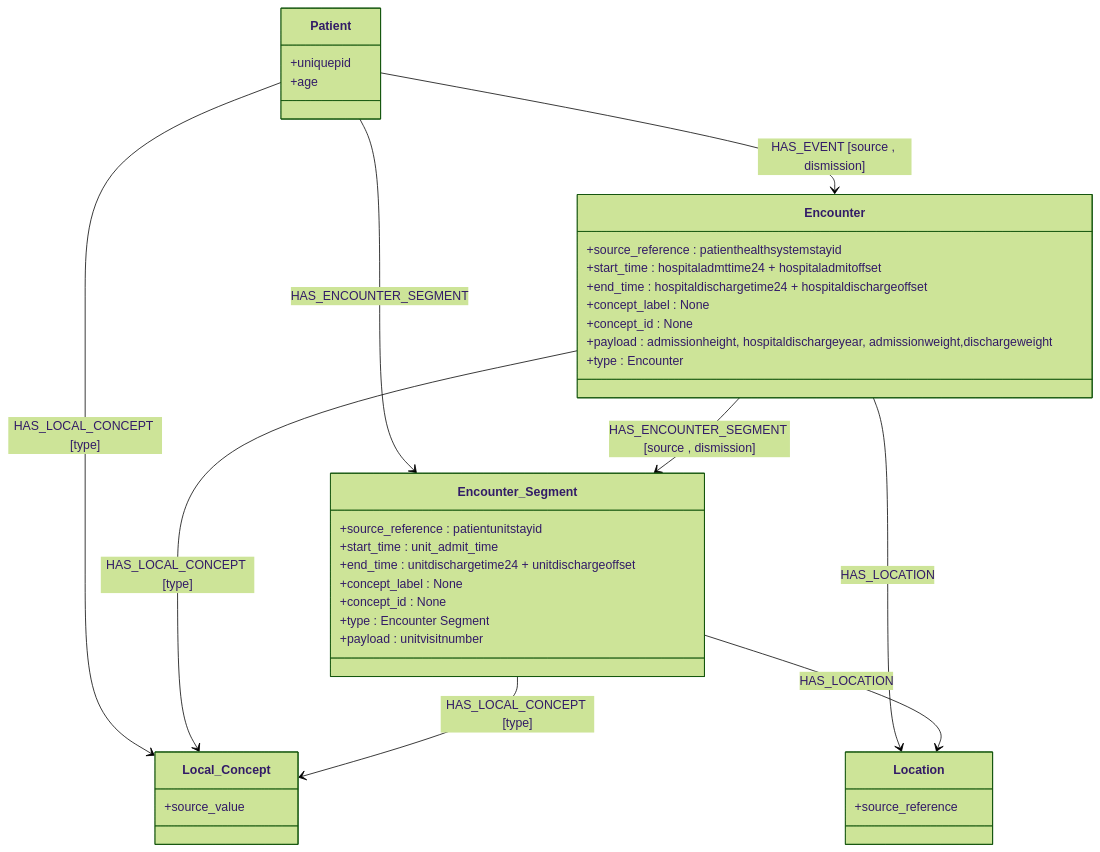
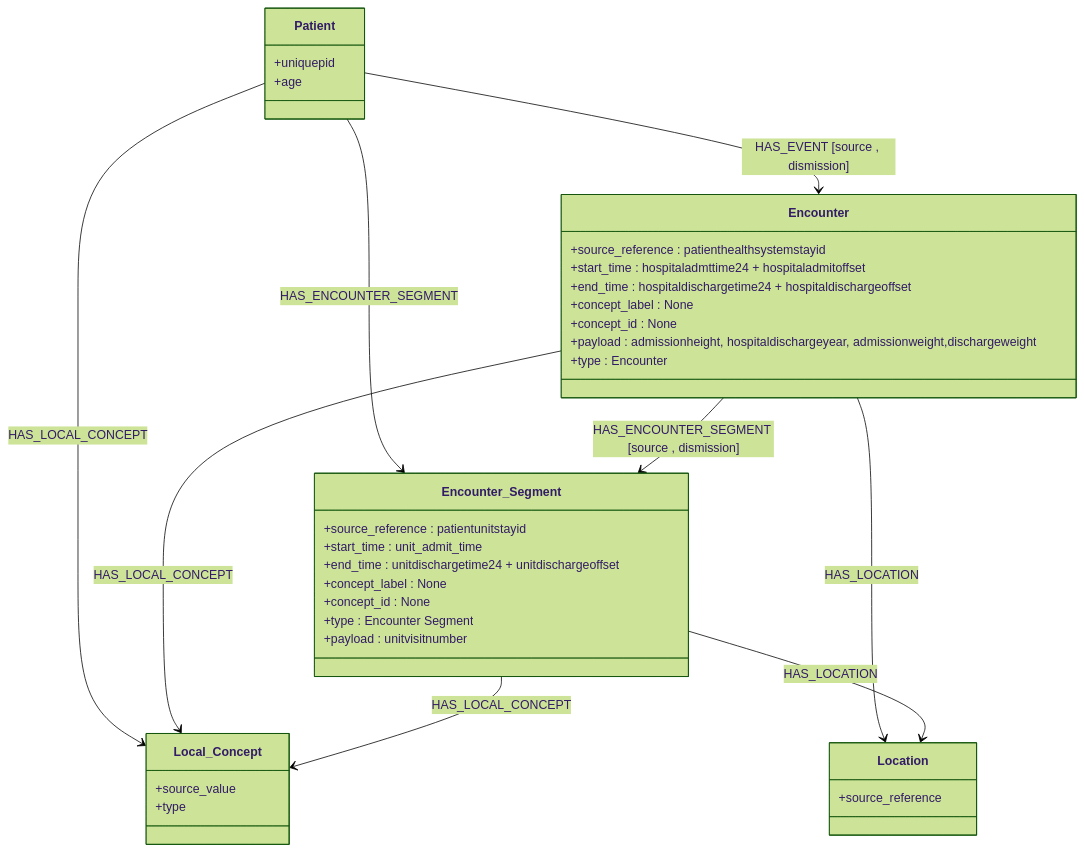
The diagram in README.md (BecksFedeUniPr/eICU_mapping), drawn with Mermaid (forest theme) before and after one commit. The commit also changed other lines of this file and 5 other files, not shown here.

````diff
--- a/README.md
+++ b/README.md
@@ -27,46 +27,47 @@
 ```mermaid
 classDiagram
 
 class Patient {
     +uniquepid
     +age
 }
 
 class Local_Concept {
     +source_value
+    +type
 }
 
 class Encounter {
     +source_reference : patienthealthsystemstayid
     +start_time : hospitaladmttime24 + hospitaladmitoffset
     +end_time : hospitaldischargetime24 + hospitaldischargeoffset
     +concept_label : None
     +concept_id : None
     +payload : admissionheight, hospitaldischargeyear, admissionweight,dischargeweight
     +type : Encounter
 }
 
 class Encounter_Segment {
     +source_reference : patientunitstayid
     +start_time : unit_admit_time
     +end_time : unitdischargetime24 + unitdischargeoffset
     +concept_label : None
     +concept_id : None
     +type : Encounter Segment
     +payload : unitvisitnumber
 }
 
 class Location {
     +source_reference
 }
 
-Patient --> Local_Concept : HAS_LOCAL_CONCEPT [type]
+Patient --> Local_Concept : HAS_LOCAL_CONCEPT
 Patient --> Encounter_Segment : HAS_ENCOUNTER_SEGMENT
-Encounter --> Local_Concept : HAS_LOCAL_CONCEPT [type]
-Encounter_Segment --> Local_Concept : HAS_LOCAL_CONCEPT [type]
+Encounter --> Local_Concept : HAS_LOCAL_CONCEPT
+Encounter_Segment --> Local_Concept : HAS_LOCAL_CONCEPT
 
 Patient --> Encounter : HAS_EVENT [source , dismission]
 Encounter --> Encounter_Segment : HAS_ENCOUNTER_SEGMENT [source , dismission]
 Encounter --> Location : HAS_LOCATION
 Encounter_Segment --> Location : HAS_LOCATION
 ```
````
